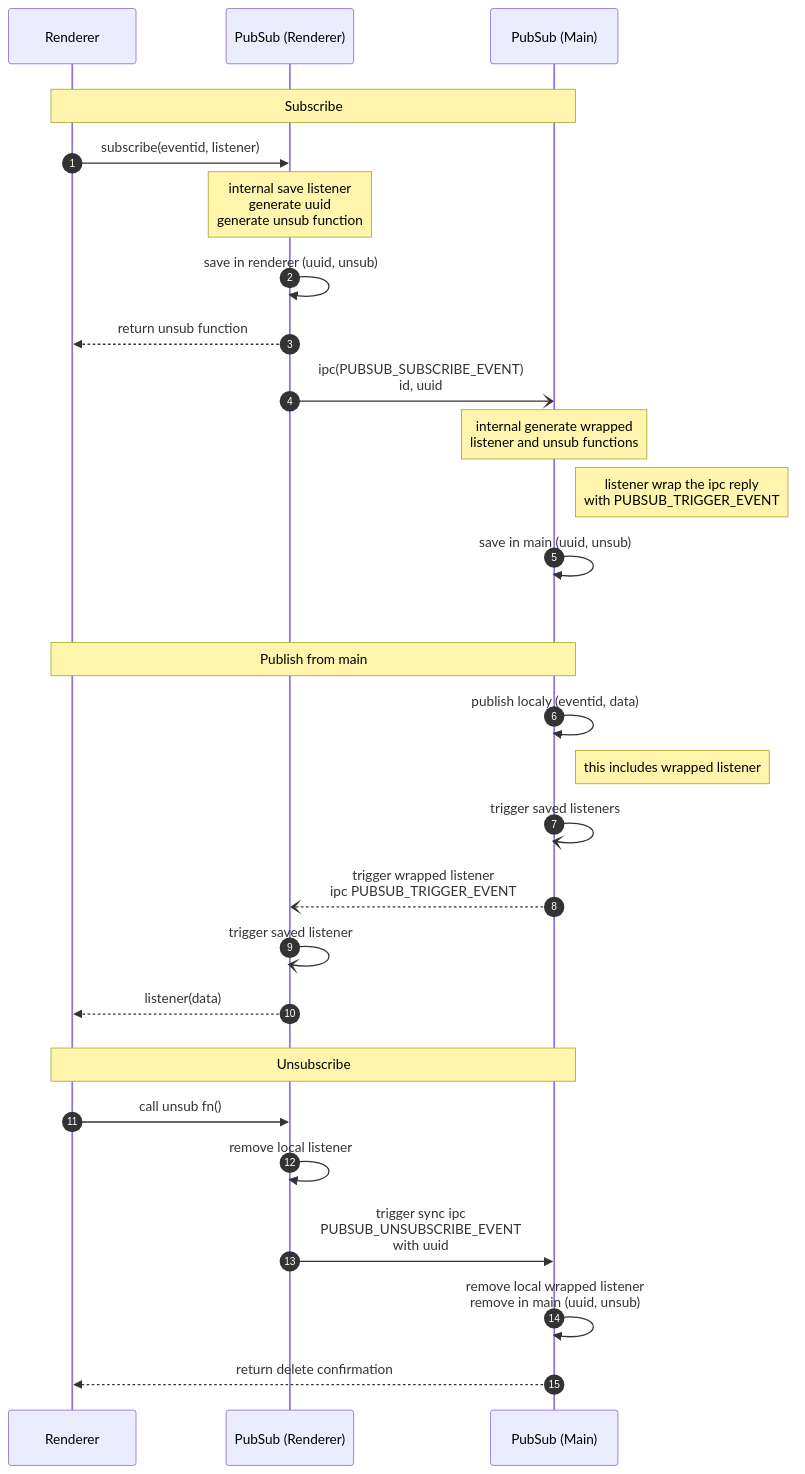
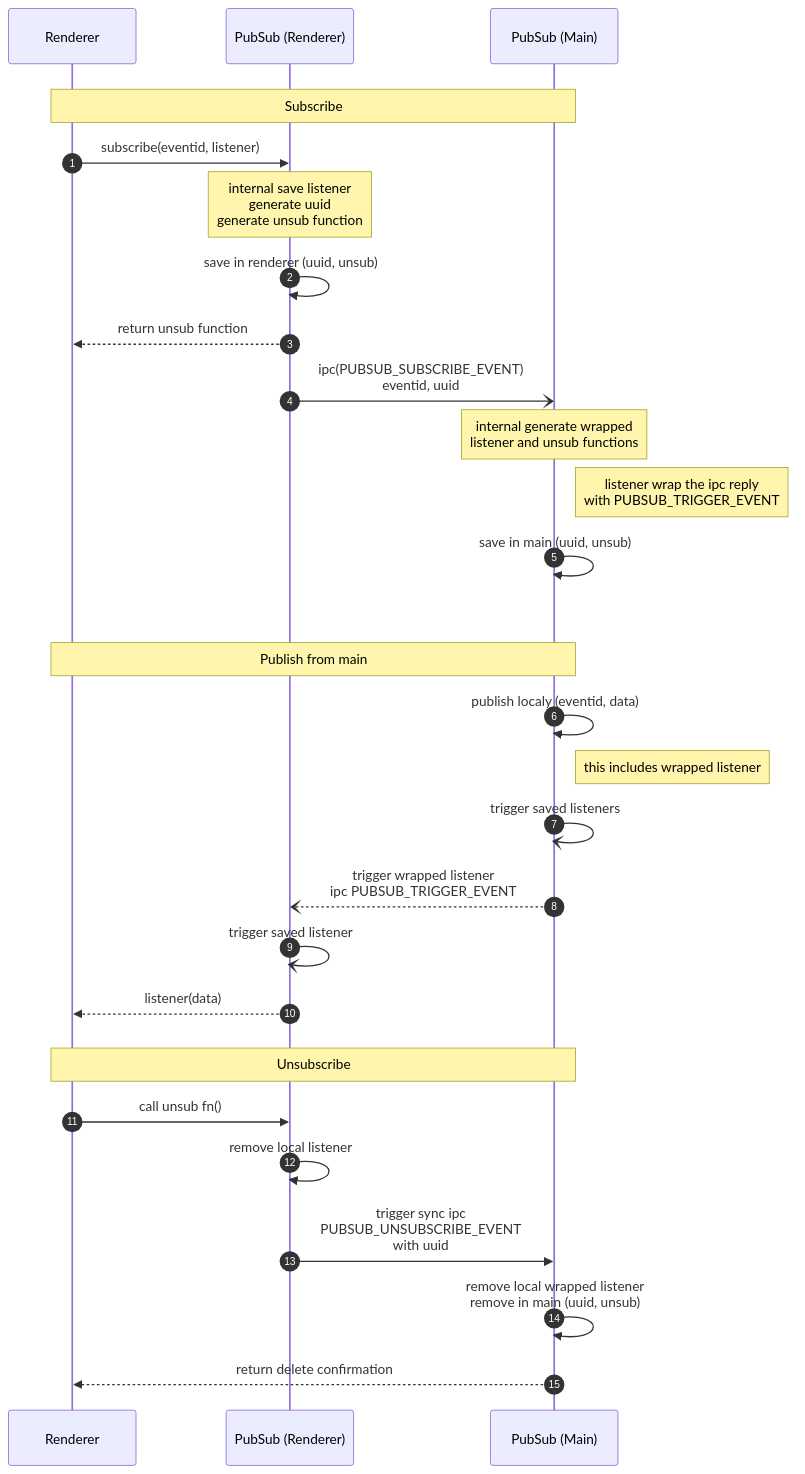
One commit to SocialGouv/archifiltre-mails changed the diagram in docs/pubsub.md. Above: the diagram before and after it, drawn with Mermaid. The commit also changed 4 other files, not shown here.

````diff
--- a/docs/pubsub.md
+++ b/docs/pubsub.md
@@ -8,38 +8,38 @@
 ```mermaid
 sequenceDiagram
     autonumber
     participant R as Renderer
     participant PR as PubSub (Renderer)
     participant PM as PubSub (Main)
 
     rect rgb(255, 255, 255, .1)
     note over R,PM: Subscribe
     R->>PR: subscribe(eventid, listener)
     note over PR: internal save listener<br>generate uuid<br>generate unsub function
     PR->>PR: save in renderer (uuid, unsub)
     PR-->>R: return unsub function
-    PR-)PM: ipc(PUBSUB_SUBSCRIBE_EVENT)<br>id, uuid
+    PR-)PM: ipc(PUBSUB_SUBSCRIBE_EVENT)<br>eventid, uuid
     note over PM: internal generate wrapped<br>listener and unsub functions
     note right of PM: listener wrap the ipc reply<br>with PUBSUB_TRIGGER_EVENT
     PM->>PM: save in main (uuid, unsub)
     end
 
     rect rgb(255, 255, 255, .1)
     note over R,PM: Publish from main
     PM->>PM: publish localy (eventid, data)
     note right of PM: this includes wrapped listener
     PM-)PM: trigger saved listeners
     PM--)PR: trigger wrapped listener<br>ipc PUBSUB_TRIGGER_EVENT
     PR-)PR: trigger saved listener
     PR-->>R: listener(data)
     end
 
     rect rgb(255, 255, 255, .1)
     note over R,PM: Unsubscribe
     R->>PR: call unsub fn()
     PR->>PR: remove local listener
     PR->>PM: trigger sync ipc<br>PUBSUB_UNSUBSCRIBE_EVENT<br>with uuid
     PM->>PM: remove local wrapped listener<br>remove in main (uuid, unsub)
     PM-->>R: return delete confirmation
     end
 ```
````
